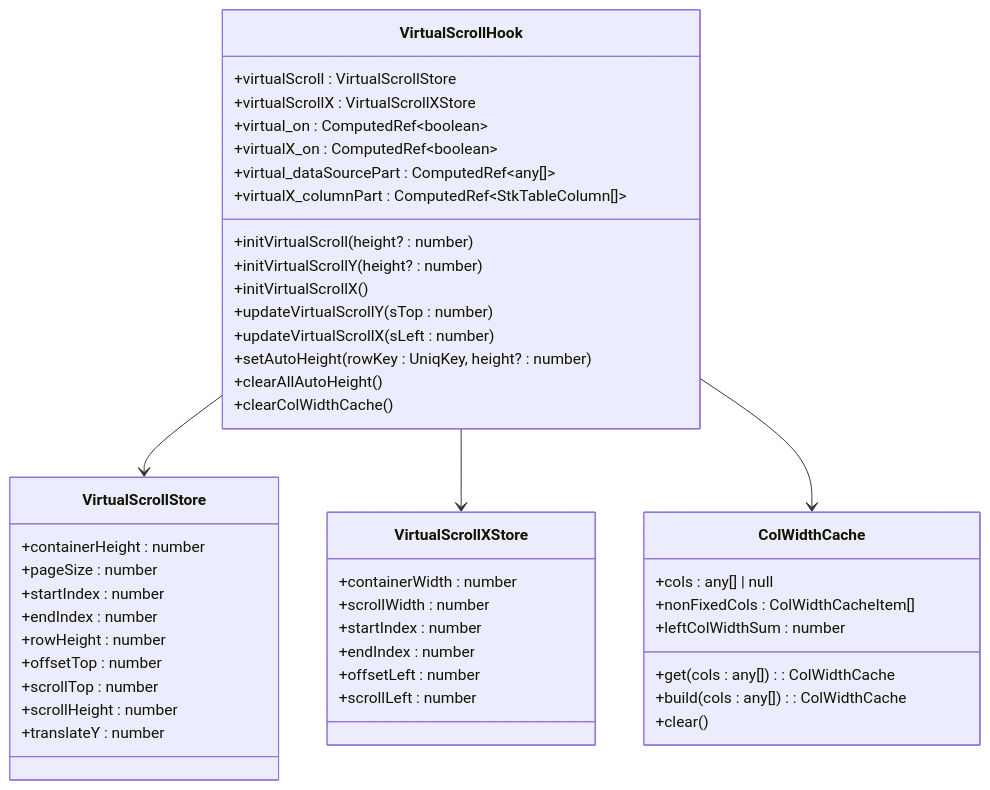
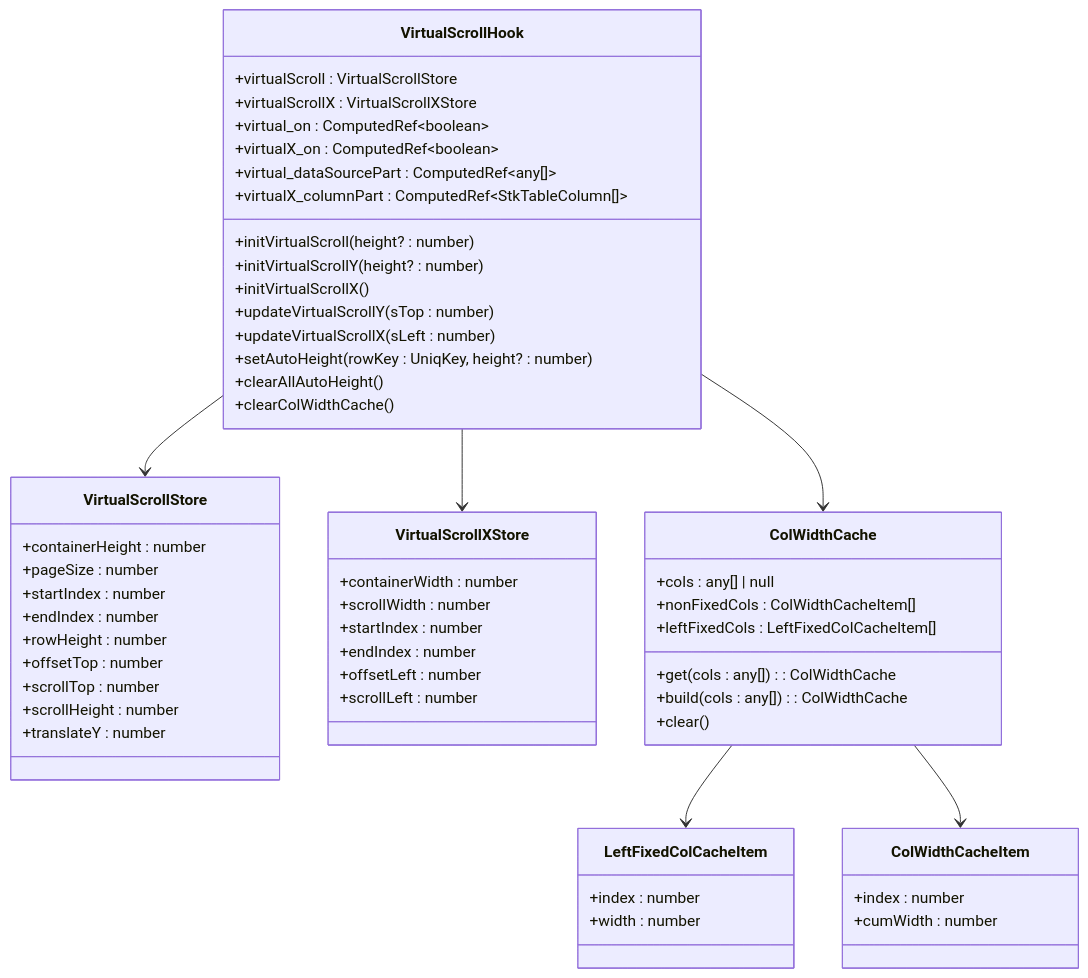
Before and after one commit to ja-plus/stk-table-vue: the second of 9 diagrams in .qoder/repowiki/en/content/Performance Optimization/Virtual Scrolling Performance Optimization.md, drawn with Mermaid. The commit also changed other lines of this file and 6 other files, not shown here.

````diff
--- a/.qoder/repowiki/en/content/Performance Optimization/Virtual Scrolling Performance Optimization.md
+++ b/.qoder/repowiki/en/content/Performance Optimization/Virtual Scrolling Performance Optimization.md
@@ -113,49 +117,59 @@
 ```mermaid
 classDiagram
 class VirtualScrollHook {
 +virtualScroll : VirtualScrollStore
 +virtualScrollX : VirtualScrollXStore
 +virtual_on : ComputedRef~boolean~
 +virtualX_on : ComputedRef~boolean~
 +virtual_dataSourcePart : ComputedRef~any[]~
 +virtualX_columnPart : ComputedRef~StkTableColumn[]~
 +initVirtualScroll(height? : number)
 +initVirtualScrollY(height? : number)
 +initVirtualScrollX()
 +updateVirtualScrollY(sTop : number)
 +updateVirtualScrollX(sLeft : number)
 +setAutoHeight(rowKey : UniqKey, height? : number)
 +clearAllAutoHeight()
 +clearColWidthCache()
 }
 class VirtualScrollStore {
 +containerHeight : number
 +pageSize : number
 +startIndex : number
 +endIndex : number
 +rowHeight : number
 +offsetTop : number
 +scrollTop : number
 +scrollHeight : number
 +translateY : number
 }
 class VirtualScrollXStore {
 +containerWidth : number
 +scrollWidth : number
 +startIndex : number
 +endIndex : number
 +offsetLeft : number
 +scrollLeft : number
 }
 class ColWidthCache {
 +cols : any[] | null
 +nonFixedCols : ColWidthCacheItem[]
-+leftColWidthSum : number
++leftFixedCols : LeftFixedColCacheItem[]
 +get(cols : any[]) : ColWidthCache
 +build(cols : any[]) : ColWidthCache
 +clear()
 }
+class LeftFixedColCacheItem {
++index : number
++width : number
+}
+class ColWidthCacheItem {
++index : number
++cumWidth : number
+}
 VirtualScrollHook --> VirtualScrollStore
 VirtualScrollHook --> VirtualScrollXStore
 VirtualScrollHook --> ColWidthCache
+ColWidthCache --> LeftFixedColCacheItem
+ColWidthCache --> ColWidthCacheItem
 ```
````
